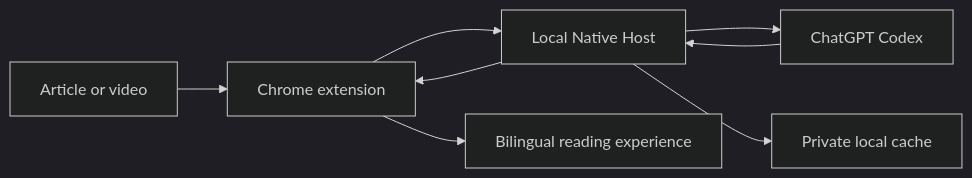
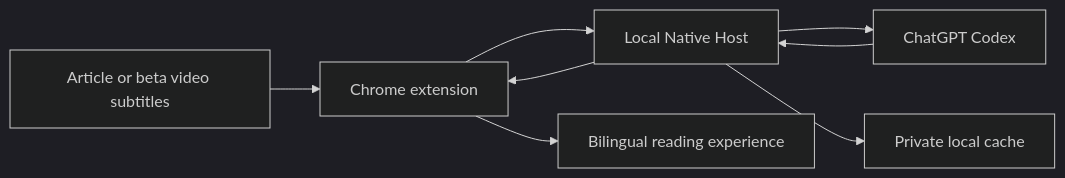
Before and after one commit to 1MoreBuild/transly: the diagram in README.md, drawn with Mermaid (dark theme). The commit also changed other lines of this file, not shown here.

Commit message:
docs: mark video subtitles as beta

````diff
--- a/README.md
+++ b/README.md
@@ -129,10 +130,10 @@
 ```mermaid
 flowchart LR
-  Page["Article or video"] --> Extension["Chrome extension"]
+  Page["Article or beta video subtitles"] --> Extension["Chrome extension"]
   Extension --> Host["Local Native Host"]
   Host --> Codex["ChatGPT Codex"]
   Codex --> Host
   Host --> Cache["Private local cache"]
   Host --> Extension
   Extension --> Result["Bilingual reading experience"]
 ```
````
